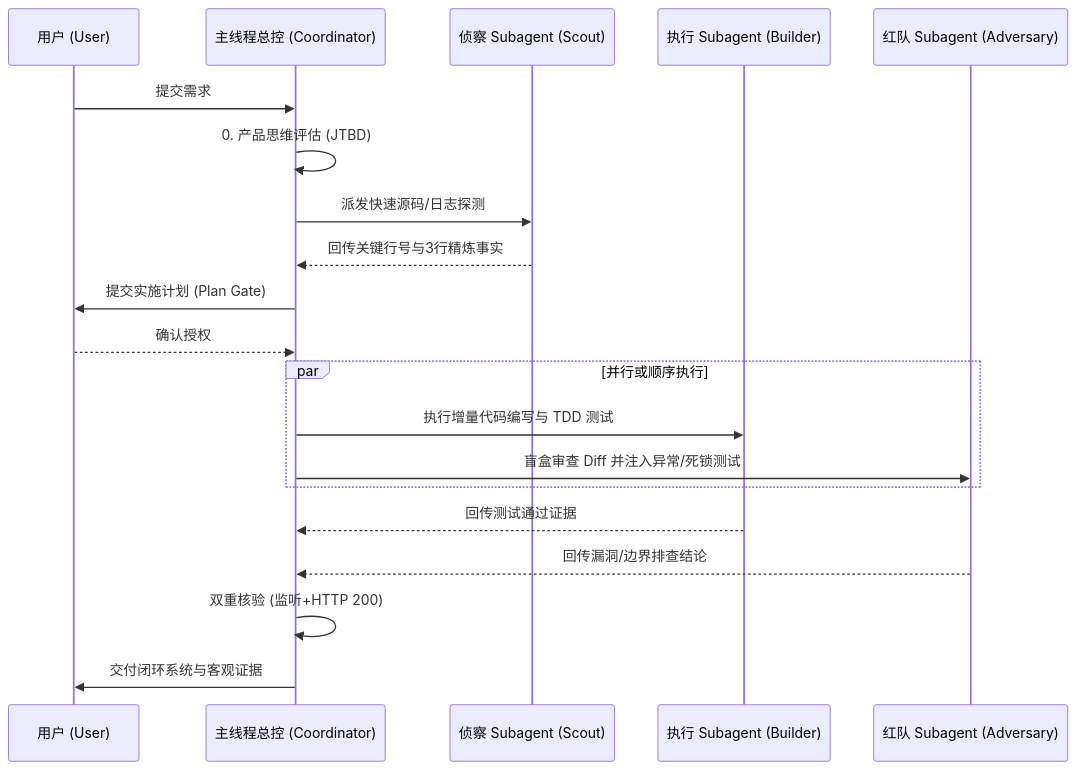
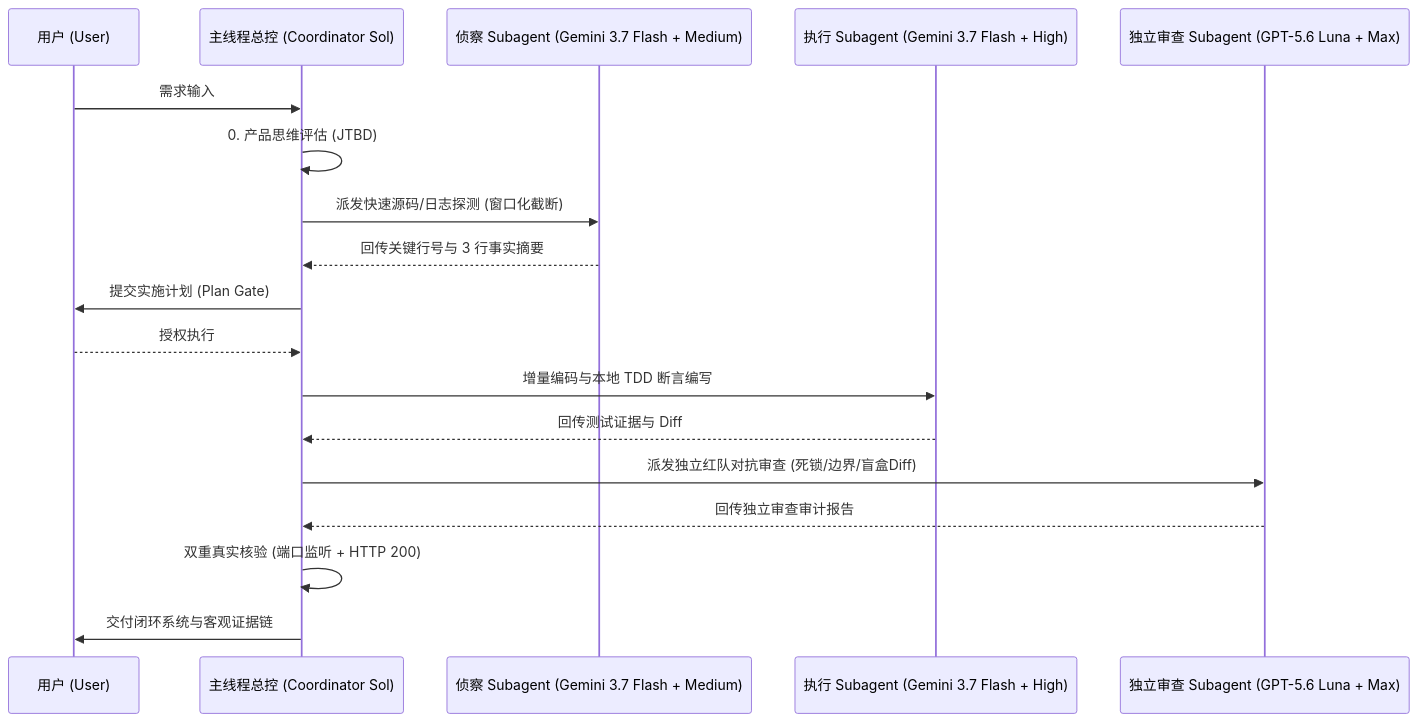
The diagram in docs/SUBAGENT_WORKFLOW.md (Alphaxiaoteng/antigravity-agent-protocol), drawn with Mermaid before and after one commit. The commit also changed other lines of this file and 6 other files, not shown here.

Commit message:
fix(models): calibrate model routing to Gemini Flash Tiered, Luna Max, and Spark XHigh

````diff
--- a/docs/SUBAGENT_WORKFLOW.md
+++ b/docs/SUBAGENT_WORKFLOW.md
@@ -9,23 +9,21 @@
 ```mermaid
 sequenceDiagram
     participant User as 用户 (User)
-    participant Sol as 主线程总控 (Coordinator)
-    participant Scout as 侦察 Subagent (Scout)
-    participant Builder as 执行 Subagent (Builder)
-    participant Adversary as 红队 Subagent (Adversary)
+    participant Sol as 主线程总控 (Coordinator Sol)
+    participant Scout as 侦察 Subagent (Gemini 3.7 Flash + Medium)
+    participant Builder as 执行 Subagent (Gemini 3.7 Flash + High)
+    participant Luna as 独立审查 Subagent (GPT-5.6 Luna + Max)
 
-    User->>Sol: 提交需求
+    User->>Sol: 需求输入
     Sol->>Sol: 0. 产品思维评估 (JTBD)
-    Sol->>Scout: 派发快速源码/日志探测
-    Scout-->>Sol: 回传关键行号与3行精炼事实
+    Sol->>Scout: 派发快速源码/日志探测 (窗口化截断)
+    Scout-->>Sol: 回传关键行号与 3 行事实摘要
     Sol->>User: 提交实施计划 (Plan Gate)
-    User-->>Sol: 确认授权
-    par 并行或顺序执行
-        Sol->>Builder: 执行增量代码编写与 TDD 测试
-        Sol->>Adversary: 盲盒审查 Diff 并注入异常/死锁测试
-    end
-    Builder-->>Sol: 回传测试通过证据
-    Adversary-->>Sol: 回传漏洞/边界排查结论
-    Sol->>Sol: 双重核验 (监听+HTTP 200)
-    Sol->>User: 交付闭环系统与客观证据
+    User-->>Sol: 授权执行
+    Sol->>Builder: 增量编码与本地 TDD 断言编写
+    Builder-->>Sol: 回传测试证据与 Diff
+    Sol->>Luna: 派发独立红队对抗审查 (死锁/边界/盲盒Diff)
+    Luna-->>Sol: 回传独立审查审计报告
+    Sol->>Sol: 双重真实核验 (端口监听 + HTTP 200)
+    Sol->>User: 交付闭环系统与客观证据链
 ```
````
